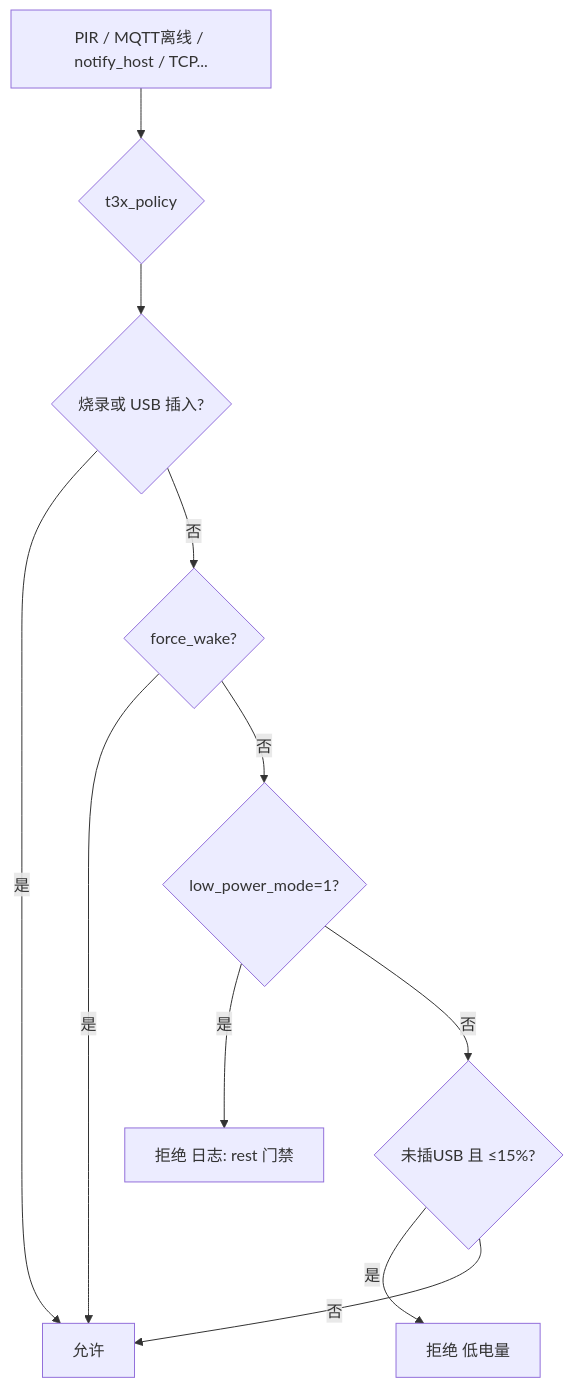
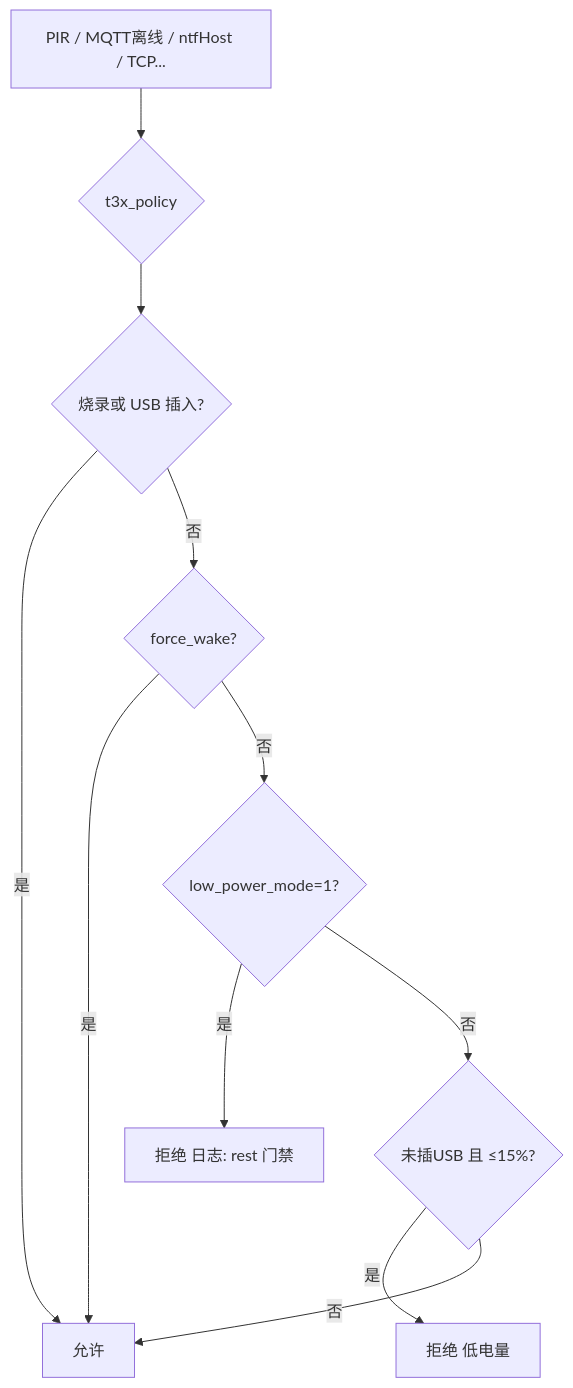
Before and after one commit to dzr1986/AIR780EHM: the fifth of 5 diagrams in doc/LOW_BATTERY_AND_LOW_POWER.md, drawn with Mermaid. The commit also changed other lines of this file and 84 other files, not shown here.

````diff
--- a/doc/LOW_BATTERY_AND_LOW_POWER.md
+++ b/doc/LOW_BATTERY_AND_LOW_POWER.md
@@ -149,13 +149,13 @@
 ```mermaid
 flowchart TD
-    A[PIR / MQTT离线 / notify_host / TCP...] --> B{t3x_policy}
+    A[PIR / MQTT离线 / ntfHost / TCP...] --> B{t3x_policy}
     B --> C{烧录或 USB 插入?}
     C -->|是| OK[允许]
     C -->|否| D{force_wake?}
     D -->|是| OK
     D -->|否| E{low_power_mode=1?}
     E -->|是| DENY[拒绝 日志: rest 门禁]
     E -->|否| F{未插USB 且 ≤15%?}
     F -->|是| DENY2[拒绝 低电量]
     F -->|否| OK
 ```
````
